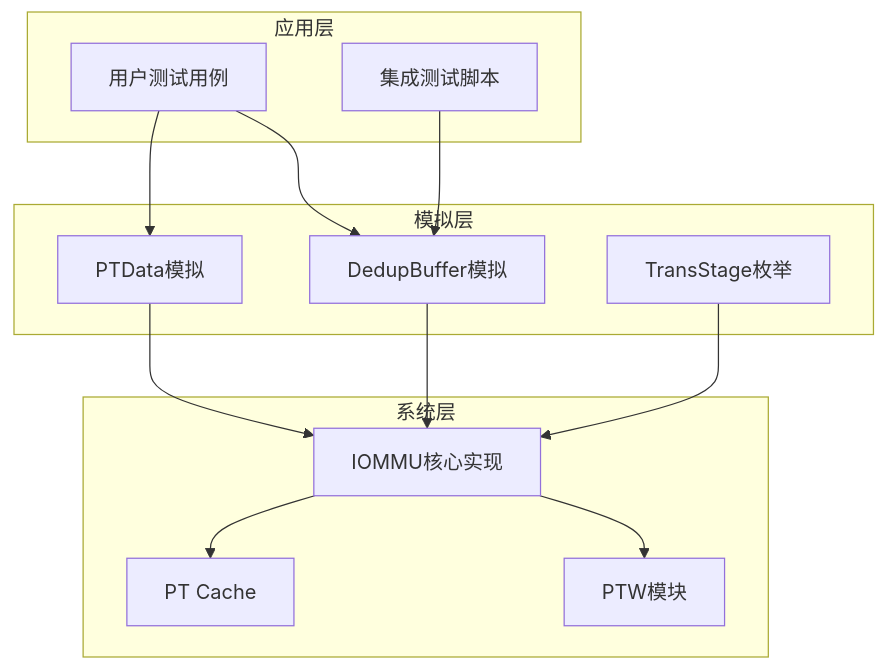
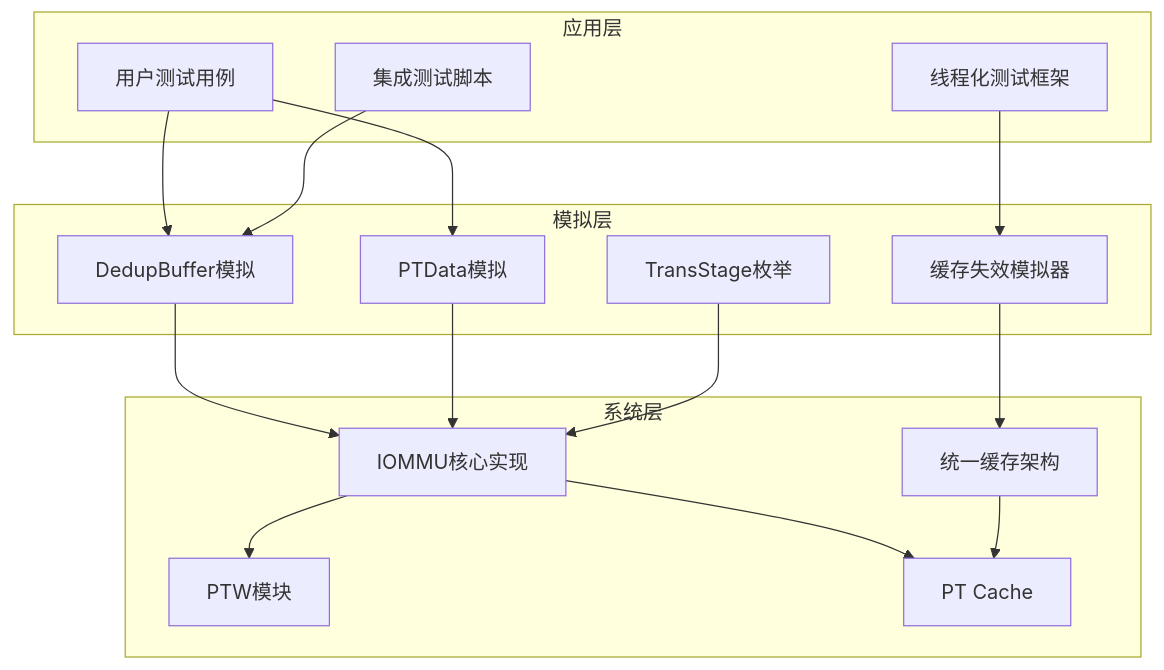
Before and after one commit to jiangjiang1122/iommu_model_20260401_v1: the third of 10 diagrams in .qoder/repowiki/zh/content/测试与验证/单元测试.md, drawn with Mermaid. The commit also changed other lines of this file and 186 other files, not shown here.

````diff
--- a/.qoder/repowiki/zh/content/测试与验证/单元测试.md
+++ b/.qoder/repowiki/zh/content/测试与验证/单元测试.md
@@ -136,25 +156,31 @@
 ```mermaid
 graph TB
 subgraph "应用层"
 A1[用户测试用例]
 A2[集成测试脚本]
+A3[线程化测试框架]
 end
 subgraph "模拟层"
 S1[DedupBuffer模拟]
 S2[PTData模拟]
 S3[TransStage枚举]
+S4[缓存失效模拟器]
 end
 subgraph "系统层"
 SYS[IOMMU核心实现]
 PTW[PTW模块]
 CACHE[PT Cache]
+UNIFIED_CACHE[统一缓存架构]
 end
 A1 --> S1
 A1 --> S2
 A2 --> S1
+A3 --> S4
 S1 --> SYS
 S2 --> SYS
 S3 --> SYS
+S4 --> UNIFIED_CACHE
 SYS --> PTW
 SYS --> CACHE
+UNIFIED_CACHE --> CACHE
 ```
````
